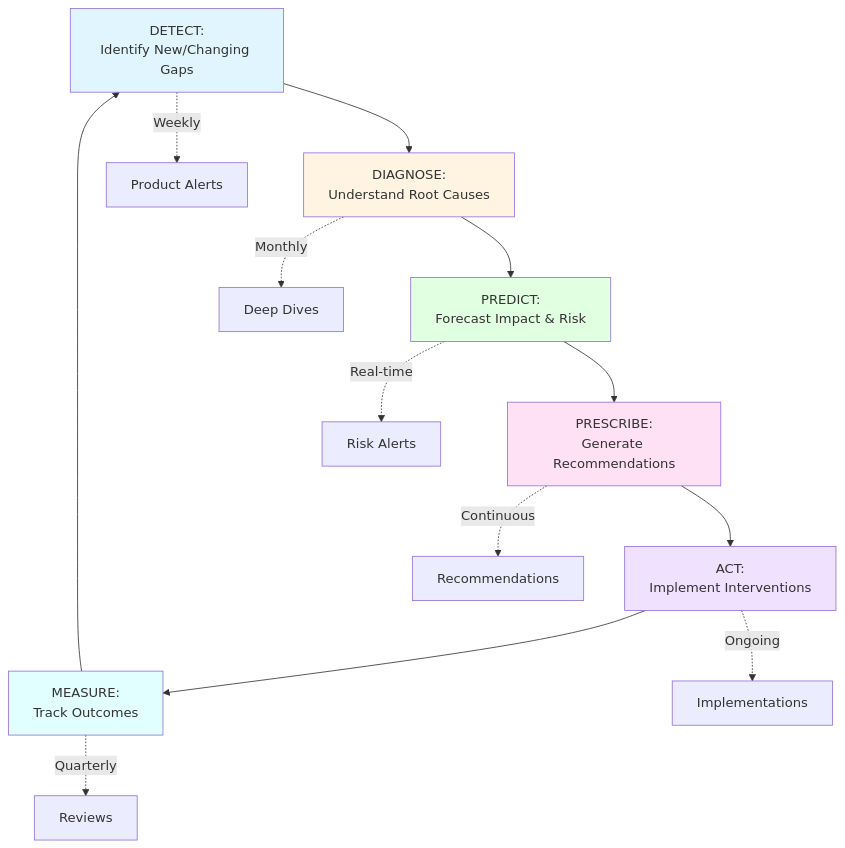
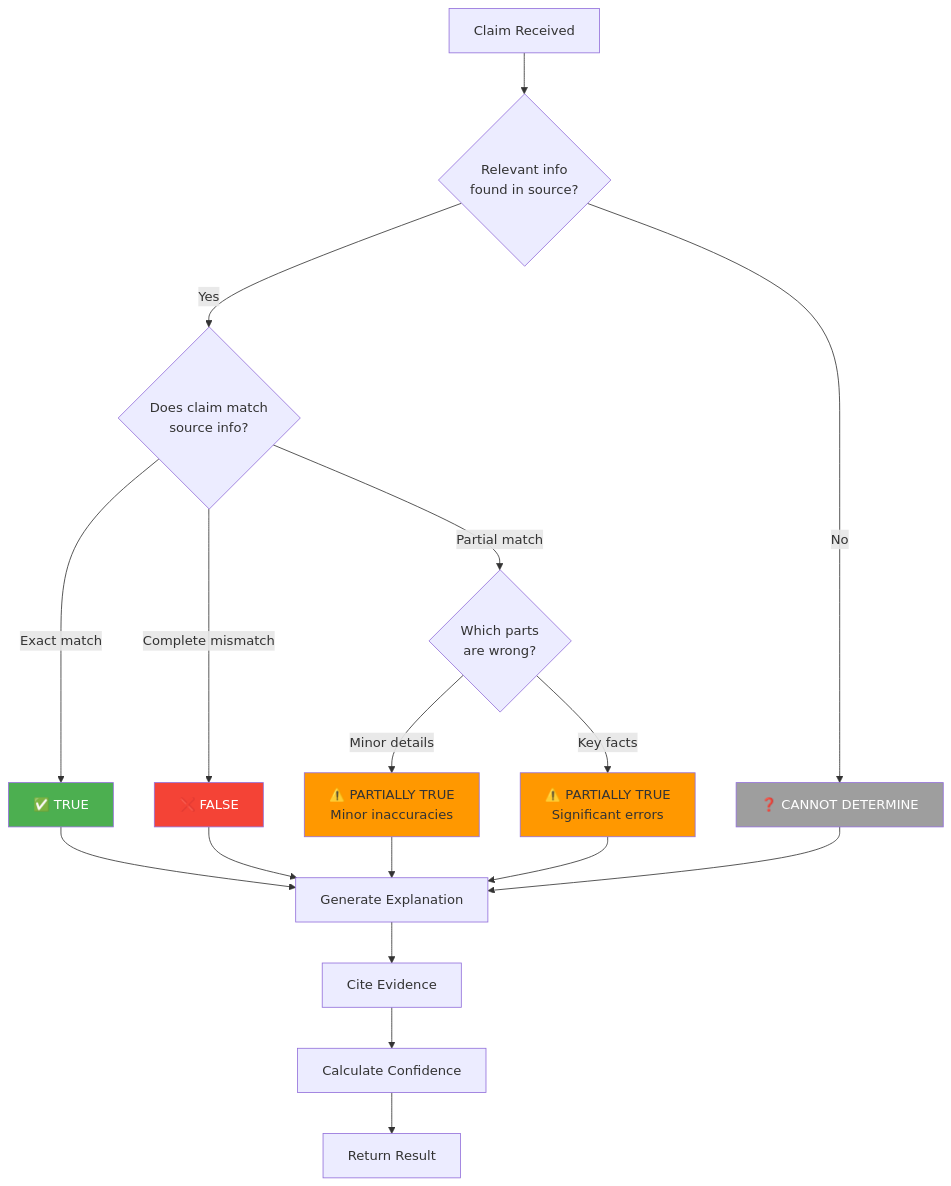
One commit to Krish-Om/contradiction-detection-system changed diagram 11 of 20 in docs/01_conceptual_framework.md. Above: the diagram before and after it, drawn with Mermaid. The commit also changed other lines of this file and 5 other files, not shown here.

````diff
--- a/docs/01_conceptual_framework.md
+++ b/docs/01_conceptual_framework.md
@@ -327,23 +350,30 @@
 ```mermaid
-graph TD
-    A[DETECT:<br/>Identify New/Changing Gaps] --> B[DIAGNOSE:<br/>Understand Root Causes]
-    B --> C[PREDICT:<br/>Forecast Impact & Risk]
-    C --> D[PRESCRIBE:<br/>Generate Recommendations]
-    D --> E[ACT:<br/>Implement Interventions]
-    E --> F[MEASURE:<br/>Track Outcomes]
-    F --> A
-    
-    A -.->|Weekly| Alert1[Product Alerts]
-    B -.->|Monthly| Deep[Deep Dives]
-    C -.->|Real-time| Risk[Risk Alerts]
-    D -.->|Continuous| Rec[Recommendations]
-    E -.->|Ongoing| Impl[Implementations]
-    F -.->|Quarterly| Rev[Reviews]
-    
-    style A fill:#e1f5ff
-    style B fill:#fff4e1
-    style C fill:#e1ffe1
-    style D fill:#ffe1f5
-    style E fill:#f0e1ff
-    style F fill:#e1ffff
+flowchart TD
+    Start[Claim Received] --> Q1{Relevant info<br/>found in source?}
+
+    Q1 -->|No| CANNOT[❓ CANNOT DETERMINE]
+    Q1 -->|Yes| Q2{Does claim match<br/>source info?}
+
+    Q2 -->|Exact match| TRUE[✅ TRUE]
+    Q2 -->|Complete mismatch| FALSE[❌ FALSE]
+    Q2 -->|Partial match| Q3{Which parts<br/>are wrong?}
+
+    Q3 -->|Minor details| PARTIAL_T[⚠️ PARTIALLY TRUE<br/>Minor inaccuracies]
+    Q3 -->|Key facts| PARTIAL_F[⚠️ PARTIALLY TRUE<br/>Significant errors]
+
+    TRUE --> Explain[Generate Explanation]
+    FALSE --> Explain
+    PARTIAL_T --> Explain
+    PARTIAL_F --> Explain
+    CANNOT --> Explain
+
+    Explain --> Evidence[Cite Evidence]
+    Evidence --> Confidence[Calculate Confidence]
+    Confidence --> Result[Return Result]
+
+    style TRUE fill:#4caf50,color:#fff
+    style FALSE fill:#f44336,color:#fff
+    style PARTIAL_T fill:#ff9800
+    style PARTIAL_F fill:#ff9800
+    style CANNOT fill:#9e9e9e,color:#fff
 ```
````
